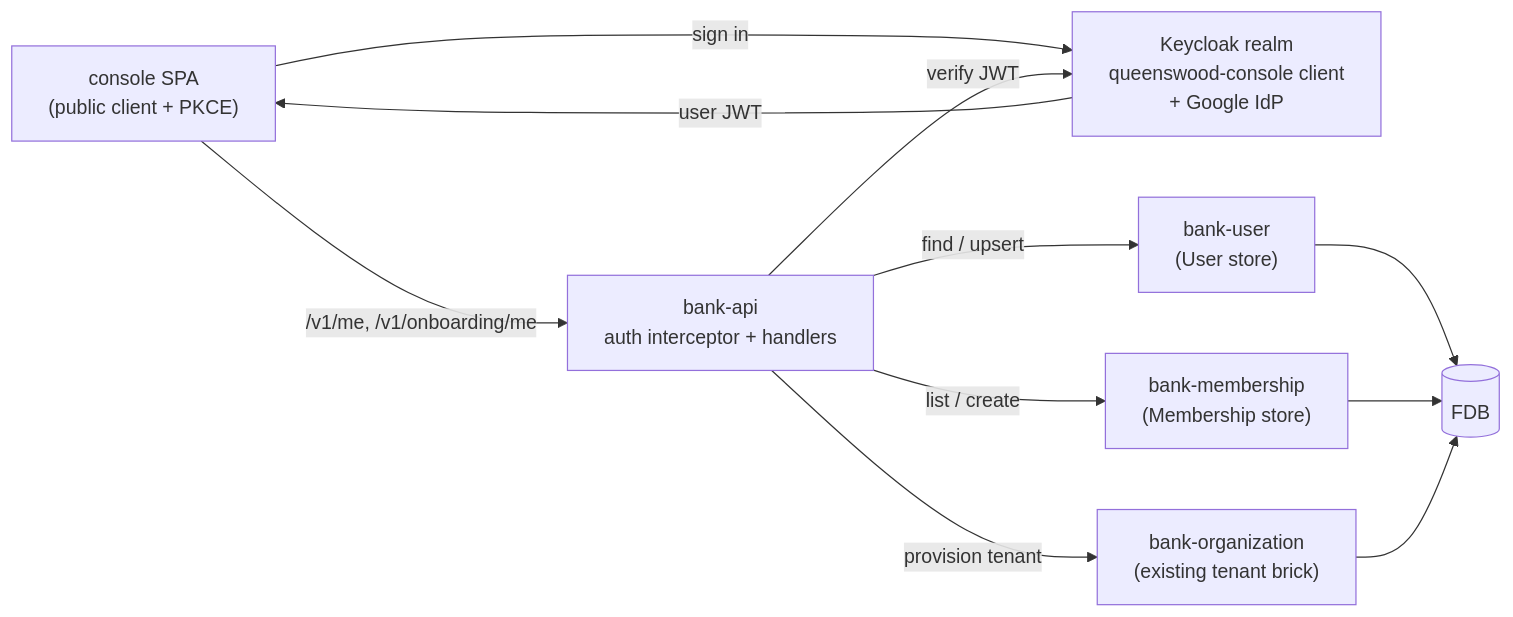
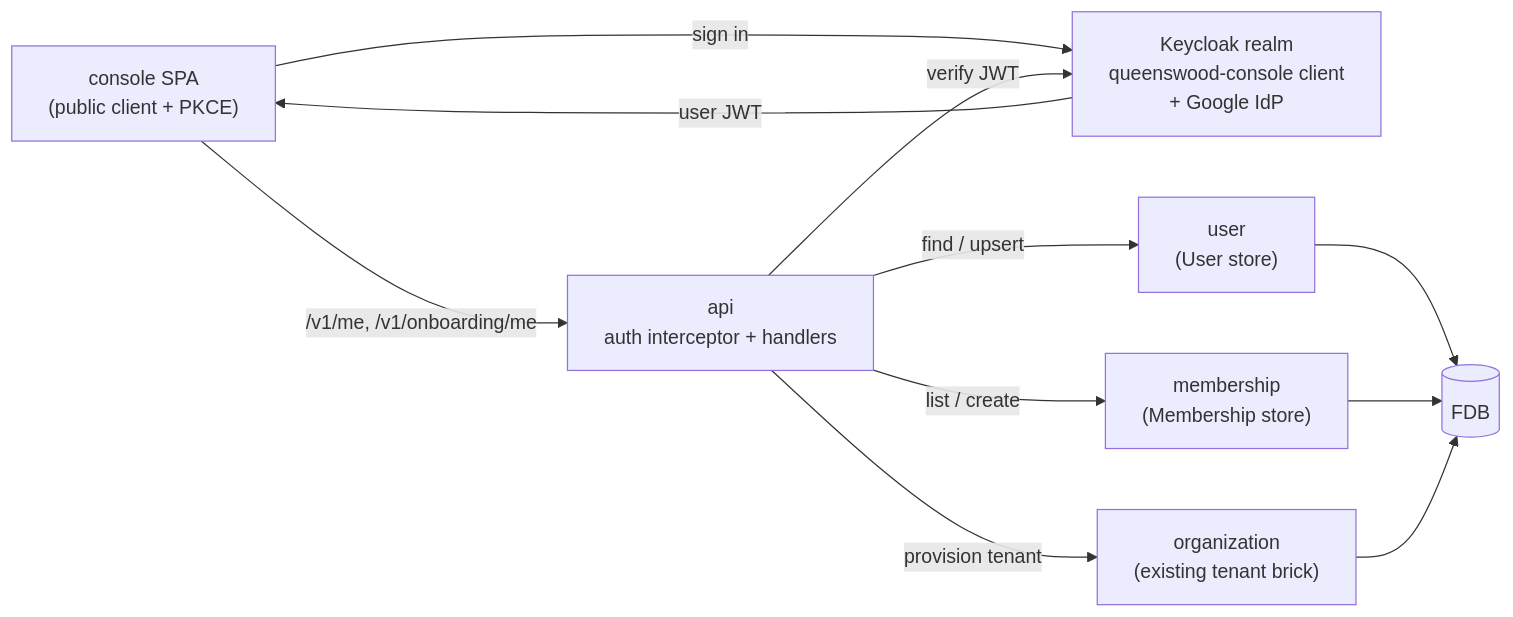
The diagram in docs/tdd/onboarding.md (kjothen/queenswood), drawn with Mermaid before and after one commit. The commit also changed other lines of this file and 51 other files, not shown here.

````diff
--- a/docs/tdd/onboarding.md
+++ b/docs/tdd/onboarding.md
@@ -70,21 +70,21 @@
 ```mermaid
 graph LR
     SPA["console SPA<br/>(public client + PKCE)"]
     KC["Keycloak realm<br/>queenswood-console client<br/>+ Google IdP"]
-    API["bank-api<br/>auth interceptor + handlers"]
-    BU["bank-user<br/>(User store)"]
-    BM["bank-membership<br/>(Membership store)"]
-    BO["bank-organization<br/>(existing tenant brick)"]
+    API["api<br/>auth interceptor + handlers"]
+    BU["user<br/>(User store)"]
+    BM["membership<br/>(Membership store)"]
+    BO["organization<br/>(existing tenant brick)"]
     FDB[("FDB")]
 
     SPA -->|sign in| KC
     KC -->|user JWT| SPA
     SPA -->|/v1/me, /v1/onboarding/me| API
     API -->|verify JWT| KC
     API -->|find / upsert| BU
     API -->|list / create| BM
     API -->|provision tenant| BO
     BU --> FDB
     BM --> FDB
     BO --> FDB
 ```
````
